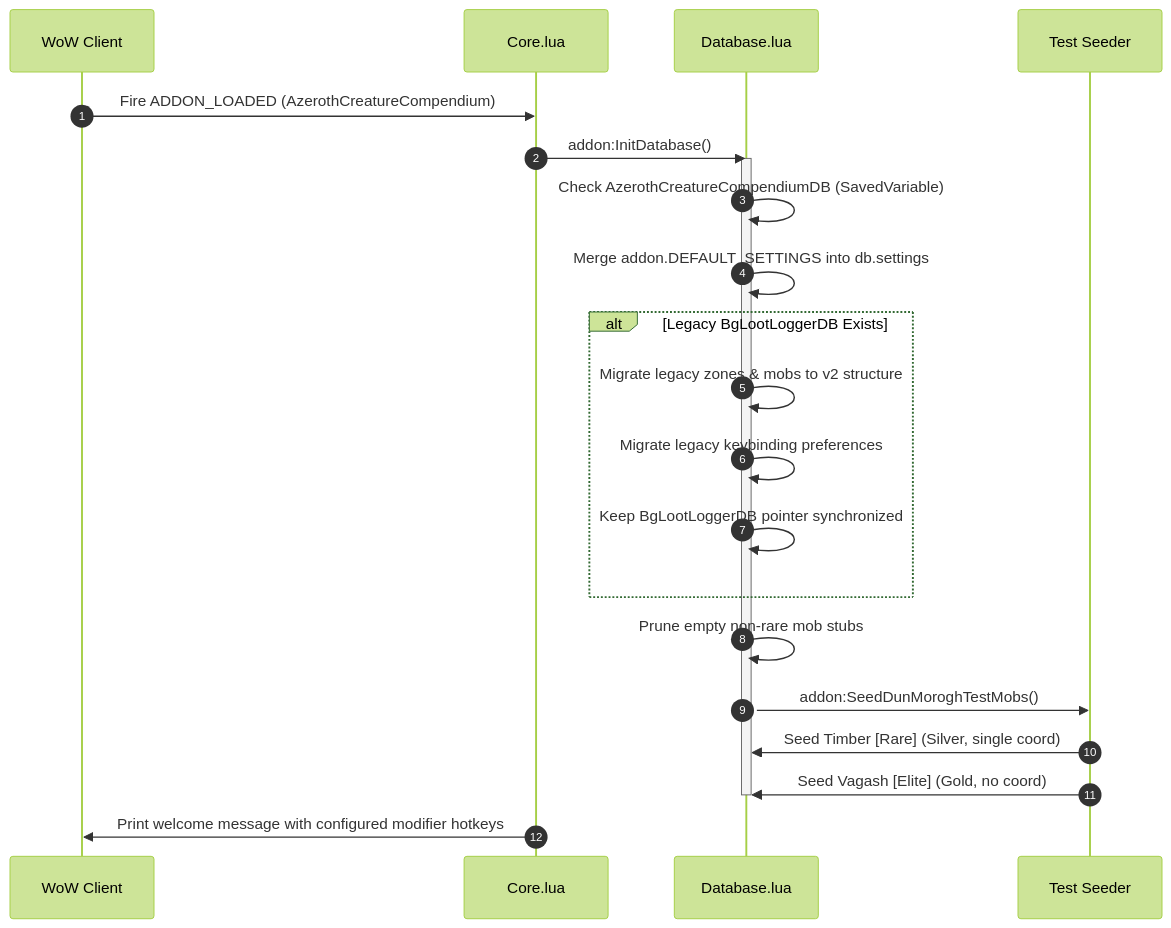
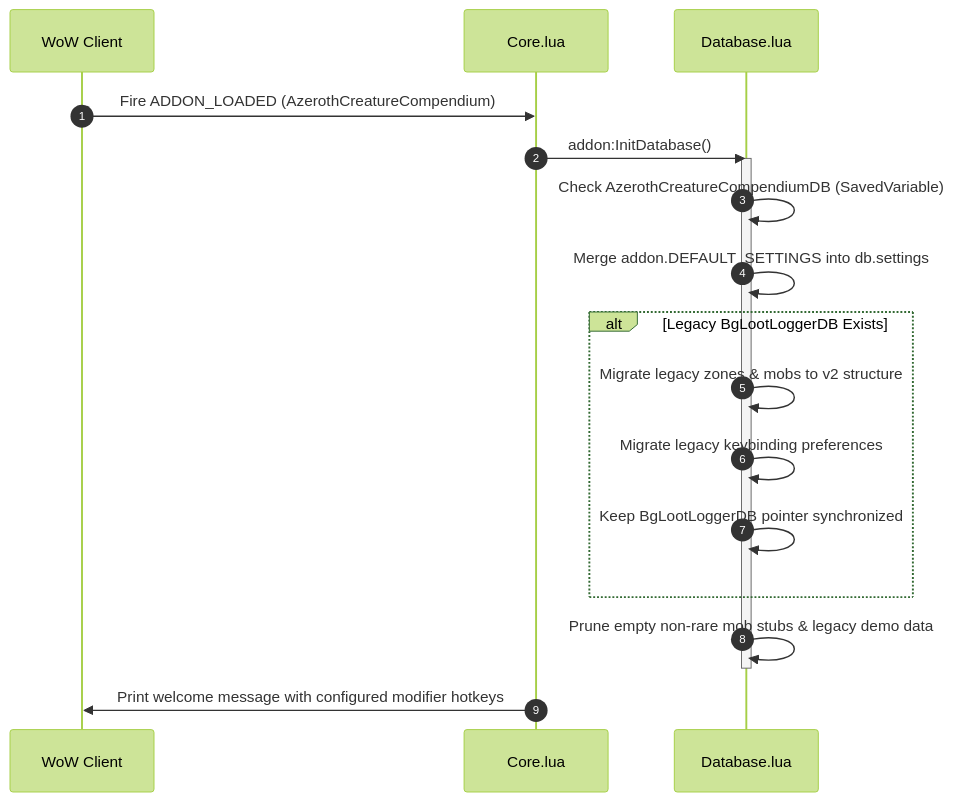
The second of 5 diagrams in docs/ARCHITECTURE.md (bguerre20/AzerothCreatureCompendium), drawn with Mermaid (forest theme) before and after one commit. The commit also changed other lines of this file and 2 other files, not shown here.

Commit message:
fix: remove demo mobs seeding and purge legacy test data

````diff
--- a/docs/ARCHITECTURE.md
+++ b/docs/ARCHITECTURE.md
@@ -125,25 +125,21 @@
 ```mermaid
 sequenceDiagram
     autonumber
     participant Client as WoW Client
     participant Core as Core.lua
     participant DB as Database.lua
-    participant Seed as Test Seeder
 
     Client->>Core: Fire ADDON_LOADED (AzerothCreatureCompendium)
     Core->>DB: addon:InitDatabase()
     activate DB
     DB->>DB: Check AzerothCreatureCompendiumDB (SavedVariable)
     DB->>DB: Merge addon.DEFAULT_SETTINGS into db.settings
     alt Legacy BgLootLoggerDB Exists
         DB->>DB: Migrate legacy zones & mobs to v2 structure
         DB->>DB: Migrate legacy keybinding preferences
         DB->>DB: Keep BgLootLoggerDB pointer synchronized
     end
-    DB->>DB: Prune empty non-rare mob stubs
-    DB->>Seed: addon:SeedDunMoroghTestMobs()
-    Seed->>DB: Seed Timber [Rare] (Silver, single coord)
-    Seed->>DB: Seed Vagash [Elite] (Gold, no coord)
+    DB->>DB: Prune empty non-rare mob stubs & legacy demo data
     deactivate DB
     Core->>Client: Print welcome message with configured modifier hotkeys
 ```
````
